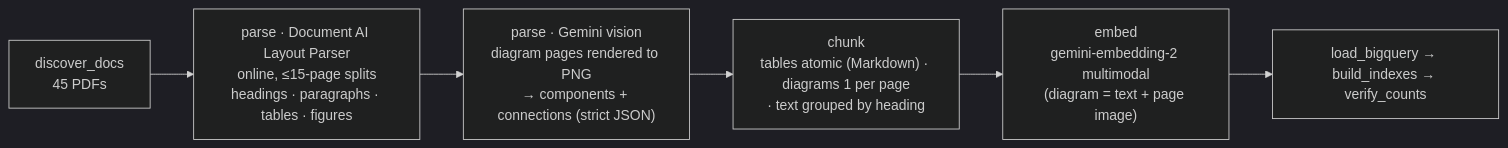
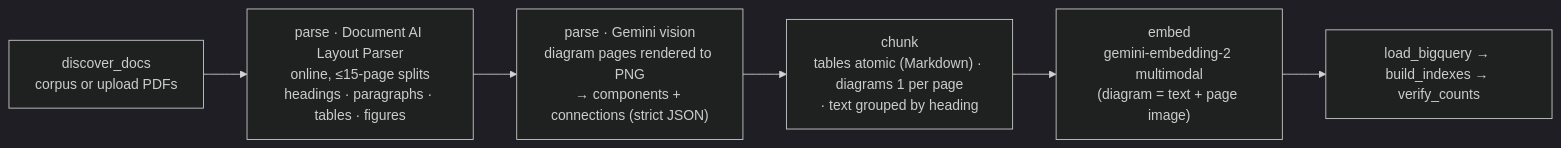
The fourth of 6 diagrams in README.md (nishitpatel01/rag-arena), drawn with Mermaid (dark theme) before and after one commit. The commit also changed other lines of this file and 9 other files, not shown here.

````diff
--- a/README.md
+++ b/README.md
@@ -134,8 +123,8 @@
 ```mermaid
 flowchart LR
-    C["discover_docs<br/>45 PDFs"] --> D["parse · Document AI Layout Parser<br/>online, ≤15-page splits<br/>headings · paragraphs · tables · figures"]
+    C["discover_docs<br/>corpus or upload PDFs"] --> D["parse · Document AI Layout Parser<br/>online, ≤15-page splits<br/>headings · paragraphs · tables · figures"]
     D --> G["parse · Gemini vision<br/>diagram pages rendered to PNG<br/>→ components + connections (strict JSON)"]
     G --> K["chunk<br/>tables atomic (Markdown) · diagrams 1 per page<br/>· text grouped by heading"]
     K --> E["embed<br/>gemini-embedding-2 multimodal<br/>(diagram = text + page image)"]
     E --> L["load_bigquery → build_indexes → verify_counts"]
 ```
````
